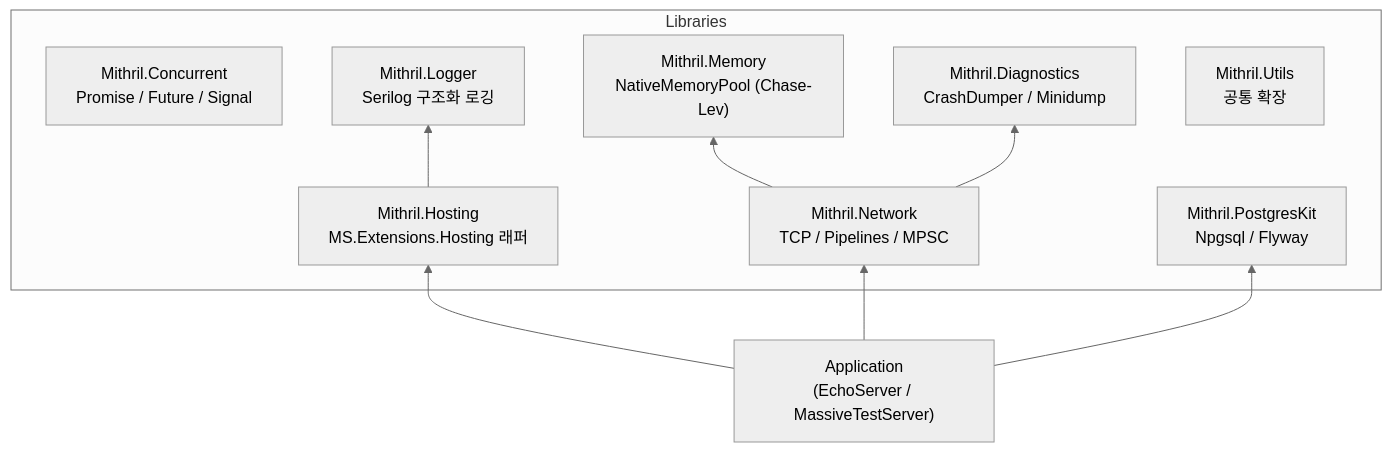
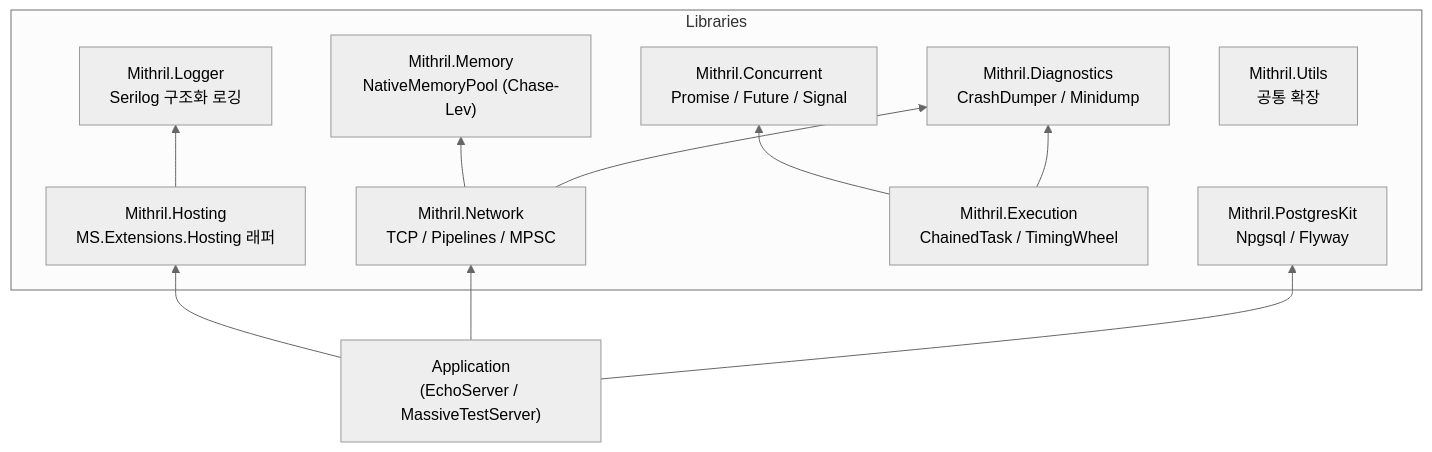
The diagram in README.md (AkkaTaka/Mithril), drawn with Mermaid (neutral theme) before and after one commit. The commit also changed other lines of this file, not shown here.

````diff
--- a/README.md
+++ b/README.md
@@ -152,22 +152,25 @@
 ```mermaid
 graph BT
     App["Application<br/>(EchoServer / MassiveTestServer)"]
 
     subgraph Libraries
         Hosting["Mithril.Hosting<br/>MS.Extensions.Hosting 래퍼"]
         Network["Mithril.Network<br/>TCP / Pipelines / MPSC"]
+        Execution["Mithril.Execution<br/>ChainedTask / TimingWheel"]
         Concurrent["Mithril.Concurrent<br/>Promise / Future / Signal"]
         Memory["Mithril.Memory<br/>NativeMemoryPool (Chase-Lev)"]
         Logger["Mithril.Logger<br/>Serilog 구조화 로깅"]
         Diagnostics["Mithril.Diagnostics<br/>CrashDumper / Minidump"]
         PostgresKit["Mithril.PostgresKit<br/>Npgsql / Flyway"]
         Utils["Mithril.Utils<br/>공통 확장"]
     end
 
     App --> Hosting
     App --> Network
     Network --> Memory
     Network --> Diagnostics
+    Execution --> Concurrent
+    Execution --> Diagnostics
     Hosting --> Logger
     App --> PostgresKit
 ```
````
